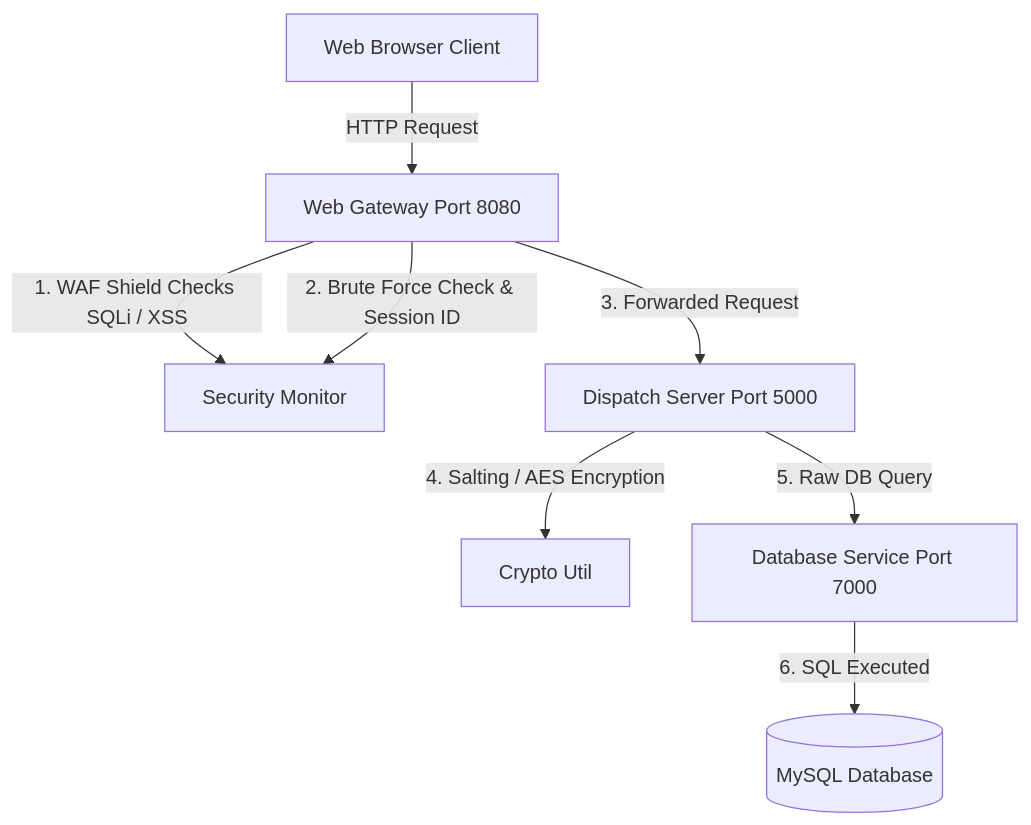
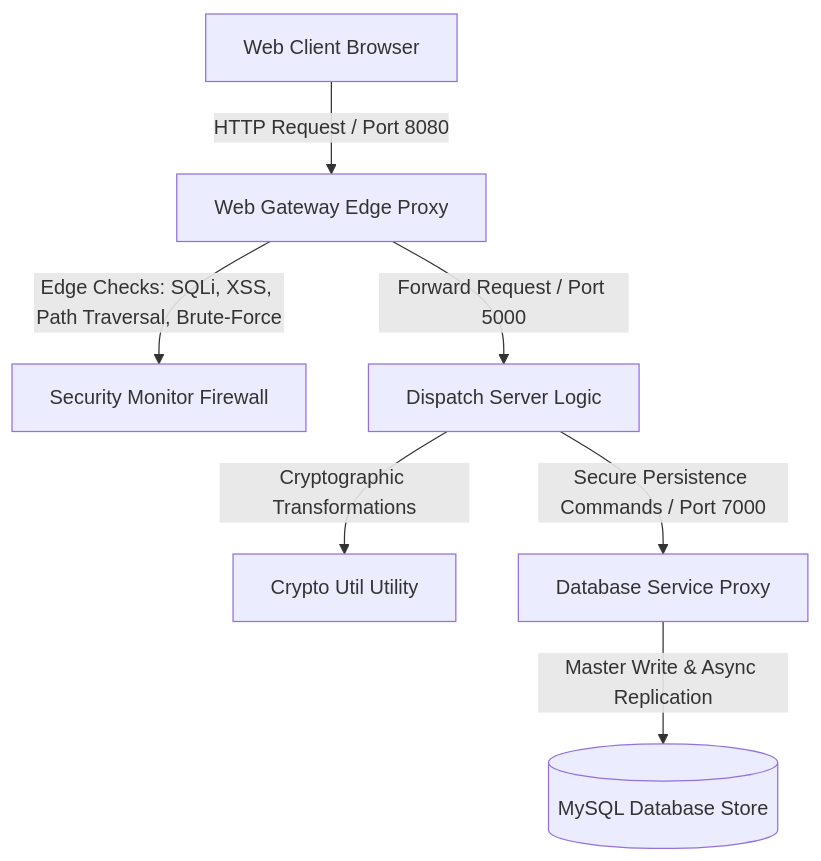
Before and after one commit to abii16/ride-sharing-system: the diagram in docs/security_report.md, drawn with Mermaid. The commit also changed other lines of this file and 4 other files, not shown here.

Commit message:
docs: unify security report into a formal software security and cryptographic specification document

````diff
--- a/docs/security_report.md
+++ b/docs/security_report.md
@@ -10,10 +12,9 @@
 ```mermaid
 graph TD
-    Client[Web Browser Client] -->|HTTP Request| Gateway[Web Gateway Port 8080]
-    Gateway -->|1. WAF Shield Checks SQLi / XSS| SecurityMonitor[Security Monitor]
-    Gateway -->|2. Brute Force Check & Session ID| SecurityMonitor
-    Gateway -->|3. Forwarded Request| Dispatch[Dispatch Server Port 5000]
-    Dispatch -->|4. Salting / AES Encryption| CryptoUtil[Crypto Util]
-    Dispatch -->|5. Raw DB Query| DBService[Database Service Port 7000]
-    DBService -->|6. SQL Executed| MySQL[(MySQL Database)]
+    Client[Web Client Browser] -->|HTTP Request / Port 8080| Gateway[Web Gateway Edge Proxy]
+    Gateway -->|Edge Checks: SQLi, XSS, Path Traversal, Brute-Force| SecurityMonitor[Security Monitor Firewall]
+    Gateway -->|Forward Request / Port 5000| Dispatch[Dispatch Server Logic]
+    Dispatch -->|Cryptographic Transformations| CryptoUtil[Crypto Util Utility]
+    Dispatch -->|Secure Persistence Commands / Port 7000| DBService[Database Service Proxy]
+    DBService -->|Master Write & Async Replication| MySQL[(MySQL Database Store)]
 ```
````
